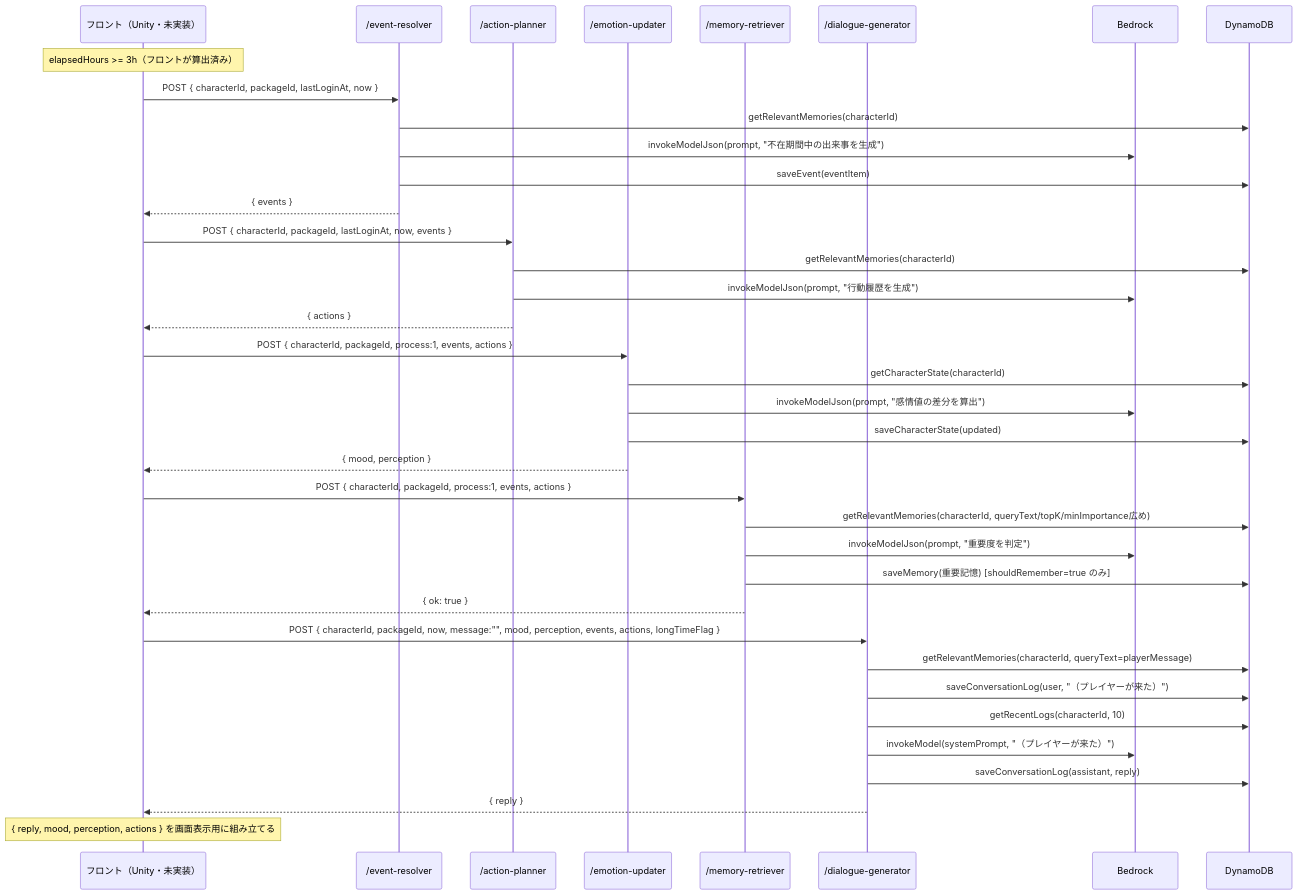
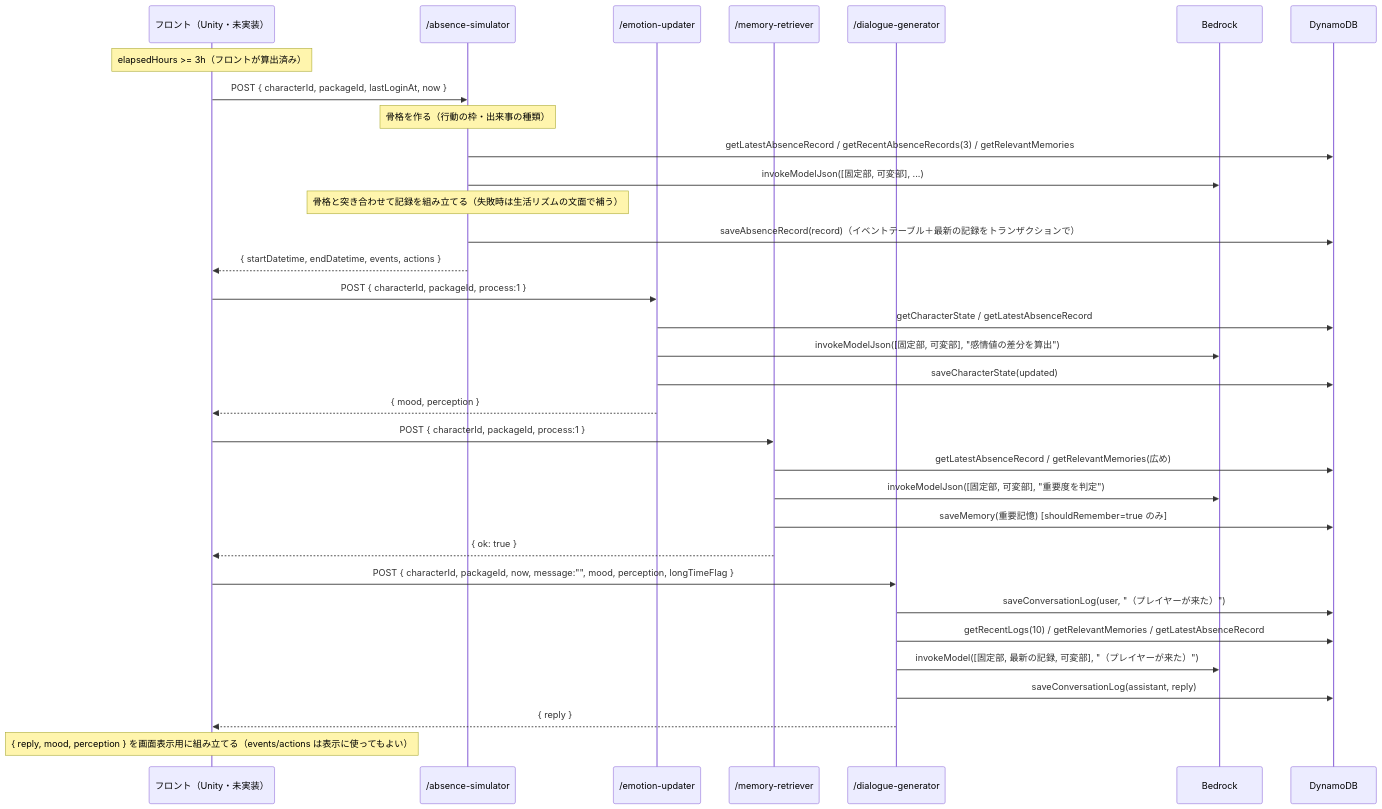
One commit to yatohana1231-ux/vtuber-simulator-api changed the fifth of 10 diagrams in README.md. Above: the diagram before and after it, drawn with Mermaid. The commit also changed other lines of this file and 3 other files, not shown here.

Commit message:
docs: update API docs for absence-simulator and layered prompts

````diff
--- a/README.md
+++ b/README.md
@@ -250,46 +262,41 @@
 ```mermaid
 sequenceDiagram
     participant Front as フロント（Unity・未実装）
-    participant ER as /event-resolver
-    participant AP as /action-planner
+    participant AS as /absence-simulator
     participant EU as /emotion-updater
     participant MR as /memory-retriever
     participant DG as /dialogue-generator
     participant BK as Bedrock
     participant DB as DynamoDB
 
     Note over Front: elapsedHours >= 3h（フロントが算出済み）
 
-    Front->>ER: POST { characterId, packageId, lastLoginAt, now }
-    ER->>DB: getRelevantMemories(characterId)
-    ER->>BK: invokeModelJson(prompt, "不在期間中の出来事を生成")
-    ER->>DB: saveEvent(eventItem)
-    ER-->>Front: { events }
+    Front->>AS: POST { characterId, packageId, lastLoginAt, now }
+    Note over AS: 骨格を作る（行動の枠・出来事の種類）
+    AS->>DB: getLatestAbsenceRecord / getRecentAbsenceRecords(3) / getRelevantMemories
+    AS->>BK: invokeModelJson([固定部, 可変部], ...)
+    Note over AS: 骨格と突き合わせて記録を組み立てる（失敗時は生活リズムの文面で補う）
+    AS->>DB: saveAbsenceRecord(record)（イベントテーブル＋最新の記録をトランザクションで）
+    AS-->>Front: { startDatetime, endDatetime, events, actions }
 
-    Front->>AP: POST { characterId, packageId, lastLoginAt, now, events }
-    AP->>DB: getRelevantMemories(characterId)
-    AP->>BK: invokeModelJson(prompt, "行動履歴を生成")
-    AP-->>Front: { actions }
-
-    Front->>EU: POST { characterId, packageId, process:1, events, actions }
-    EU->>DB: getCharacterState(characterId)
-    EU->>BK: invokeModelJson(prompt, "感情値の差分を算出")
+    Front->>EU: POST { characterId, packageId, process:1 }
+    EU->>DB: getCharacterState / getLatestAbsenceRecord
+    EU->>BK: invokeModelJson([固定部, 可変部], "感情値の差分を算出")
     EU->>DB: saveCharacterState(updated)
     EU-->>Front: { mood, perception }
 
-    Front->>MR: POST { characterId, packageId, process:1, events, actions }
-    MR->>DB: getRelevantMemories(characterId, queryText/topK/minImportance広め)
-    MR->>BK: invokeModelJson(prompt, "重要度を判定")
+    Front->>MR: POST { characterId, packageId, process:1 }
+    MR->>DB: getLatestAbsenceRecord / getRelevantMemories(広め)
+    MR->>BK: invokeModelJson([固定部, 可変部], "重要度を判定")
     MR->>DB: saveMemory(重要記憶) [shouldRemember=true のみ]
     MR-->>Front: { ok: true }
 
-    Front->>DG: POST { characterId, packageId, now, message:"", mood, perception, events, actions, longTimeFlag }
-    DG->>DB: getRelevantMemories(characterId, queryText=playerMessage)
+    Front->>DG: POST { characterId, packageId, now, message:"", mood, perception, longTimeFlag }
     DG->>DB: saveConversationLog(user, "（プレイヤーが来た）")
-    DG->>DB: getRecentLogs(characterId, 10)
-    DG->>BK: invokeModel(systemPrompt, "（プレイヤーが来た）")
+    DG->>DB: getRecentLogs(10) / getRelevantMemories / getLatestAbsenceRecord
+    DG->>BK: invokeModel([固定部, 最新の記録, 可変部], "（プレイヤーが来た）")
     DG->>DB: saveConversationLog(assistant, reply)
     DG-->>Front: { reply }
 
-    Note over Front: { reply, mood, perception, actions } を画面表示用に組み立てる
+    Note over Front: { reply, mood, perception } を画面表示用に組み立てる（events/actions は表示に使ってもよい）
 ```
````
